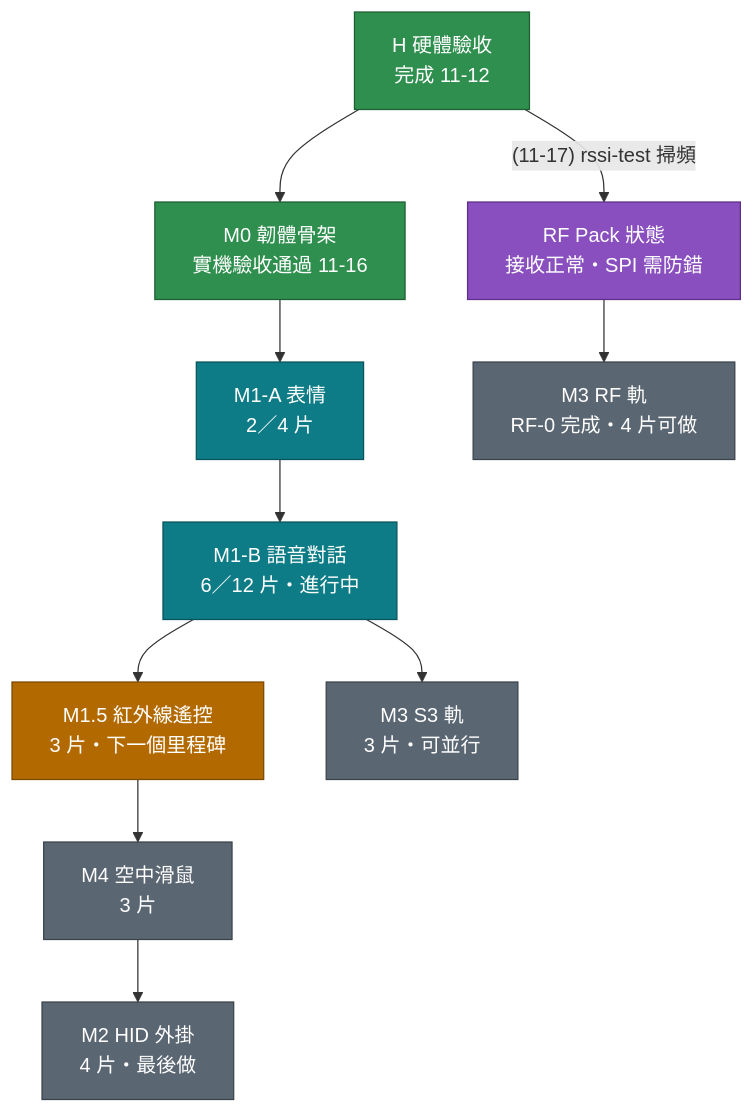
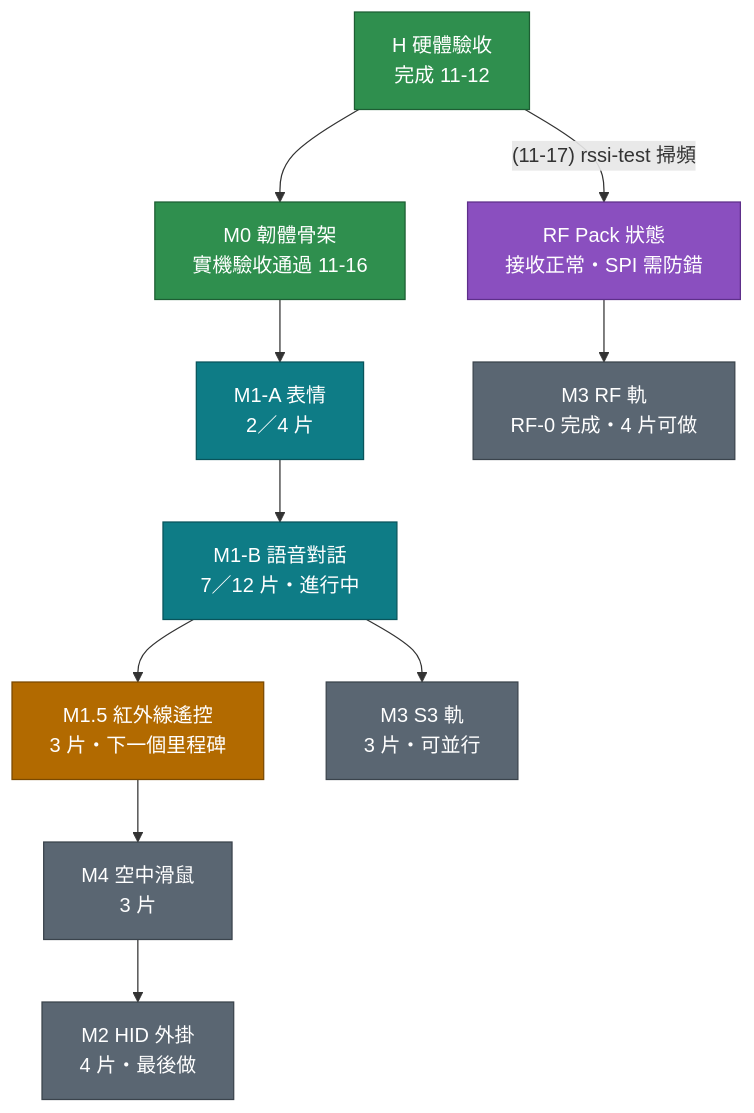
Before and after one commit to MilesYP/m5sticks3: the first of 2 diagrams in docs/StickS3 執行計劃.md, drawn with Mermaid. The commit also changed other lines of this file and 11 other files, not shown here.

````diff
--- a/docs/StickS3 執行計劃.md
+++ b/docs/StickS3 執行計劃.md
@@ -29,28 +29,28 @@
 ```mermaid
 flowchart TD
     H["H 硬體驗收<br>完成 11-12"]
     M0["M0 韌體骨架<br>實機驗收通過 11-16"]
     M1A["M1-A 表情<br>2／4 片"]
-    M1B["M1-B 語音對話<br>6／12 片・進行中"]
+    M1B["M1-B 語音對話<br>7／12 片・進行中"]
     M15["M1.5 紅外線遙控<br>3 片・下一個里程碑"]
     M4["M4 空中滑鼠<br>3 片"]
     M2["M2 HID 外掛<br>4 片・最後做"]
     M3S["M3 S3 軌<br>3 片・可並行"]
     M3R["M3 RF 軌<br>RF-0 完成・4 片可做"]
     RS["RF Pack 狀態<br>接收正常・SPI 需防錯"]
 
     H --> M0 --> M1A --> M1B --> M15 --> M4 --> M2
     M1B --> M3S
     H -->|"(11-17) rssi-test 掃頻"| RS --> M3R
 
     classDef done fill:#2f8f4e,color:#ffffff,stroke:#1d5e33
     classDef doing fill:#0e7c86,color:#ffffff,stroke:#08545b
     classDef next fill:#b26a00,color:#ffffff,stroke:#7a4900
     classDef todo fill:#5a6672,color:#ffffff,stroke:#3a434c
     classDef gate fill:#8a4fbf,color:#ffffff,stroke:#5e2f8a
     class H,M0 done
     class M1A,M1B doing
     class M15 next
     class M4,M2,M3S,M3R todo
     class RS gate
 ```
````
